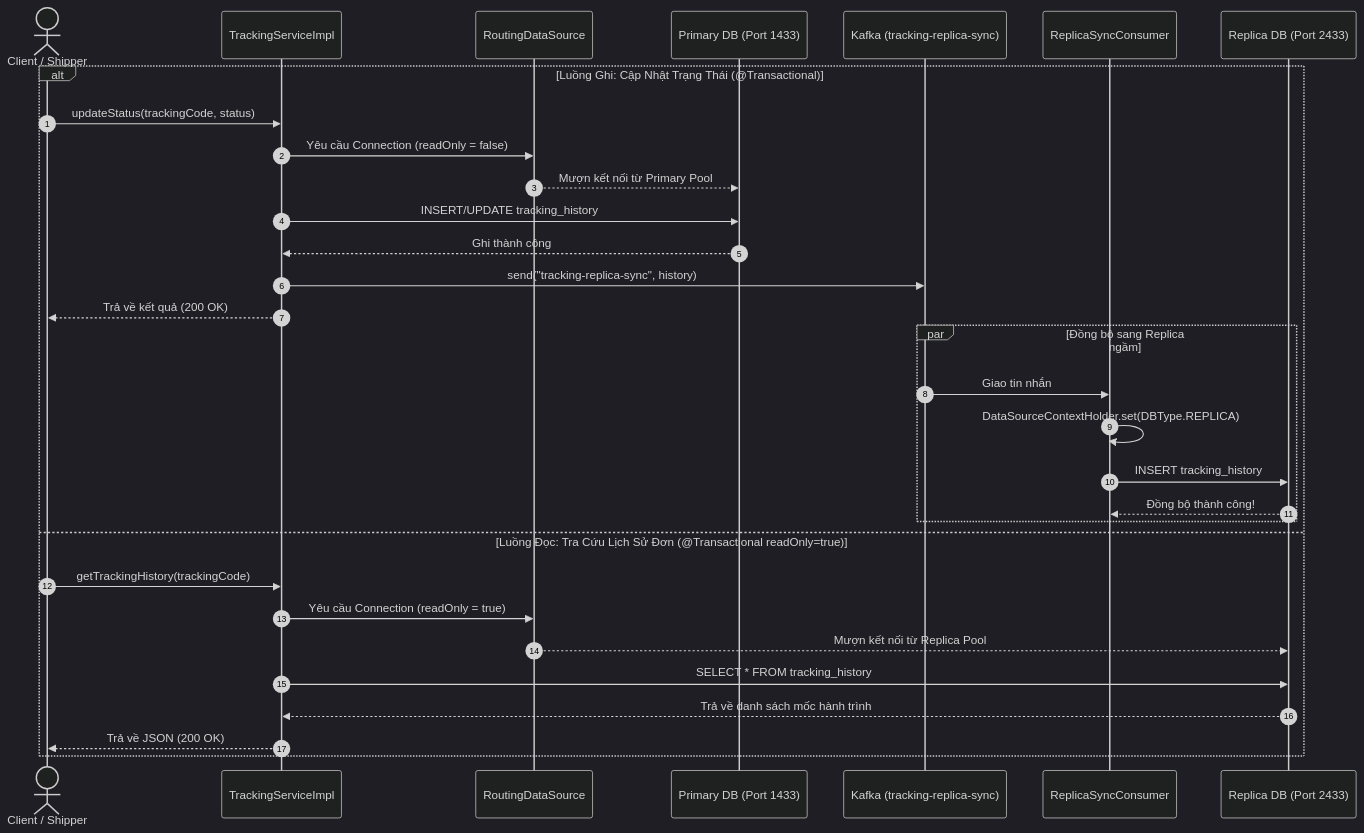
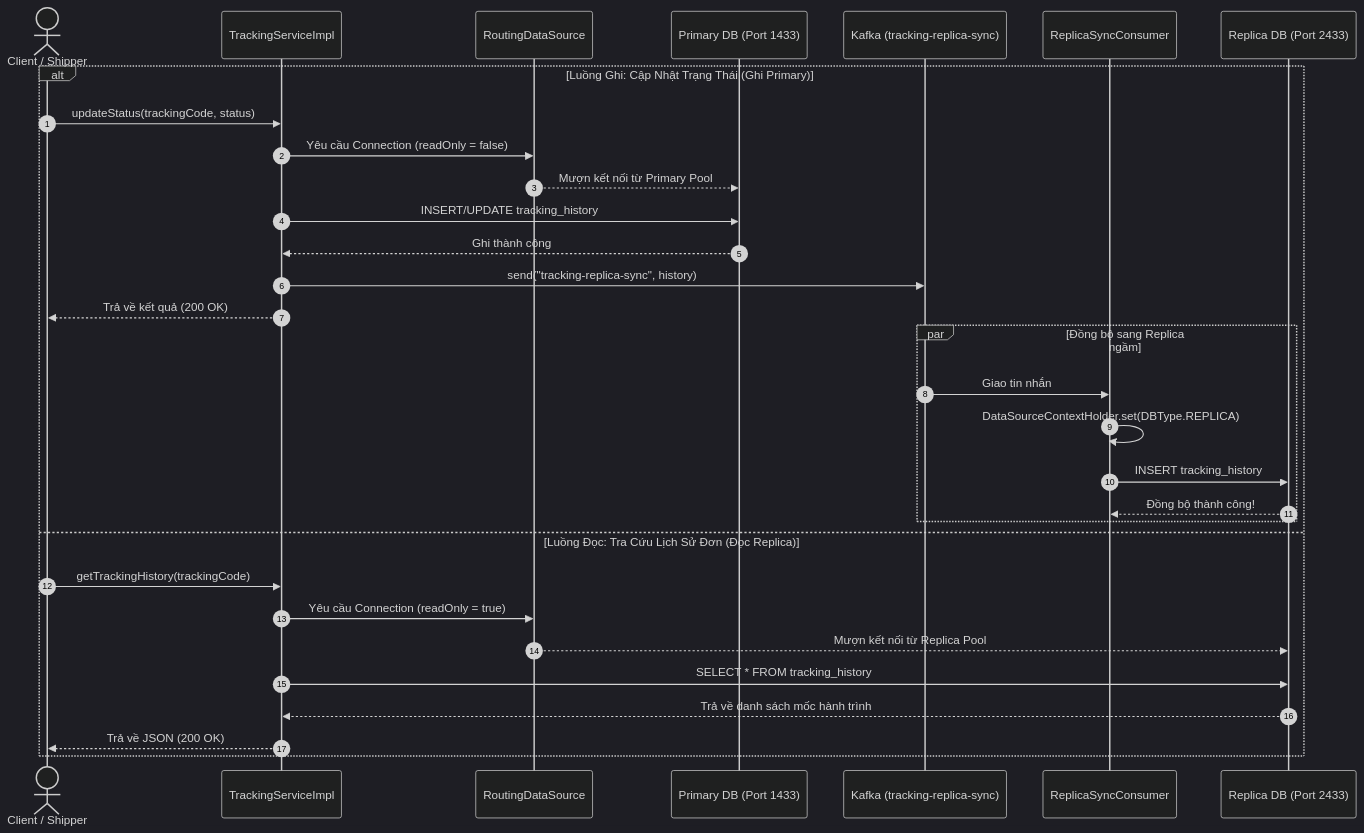
One commit to Khanhnv26/Mini-Waybill-Platform---VNPT-Cloud changed the second of 2 diagrams in docs/02-database-read-write-splitting-boilerplate.md. Above: the diagram before and after it, drawn with Mermaid (dark theme). The commit also changed other lines of this file and 7 other files, not shown here.

````diff
--- a/docs/02-database-read-write-splitting-boilerplate.md
+++ b/docs/02-database-read-write-splitting-boilerplate.md
@@ -38,35 +38,35 @@
 ```mermaid
 sequenceDiagram
     autonumber
     actor Client as Client / Shipper
     participant Svc as TrackingServiceImpl
     participant Router as RoutingDataSource
     participant Primary as Primary DB (Port 1433)
     participant Kafka as Kafka (tracking-replica-sync)
     participant Consumer as ReplicaSyncConsumer
     participant Replica as Replica DB (Port 2433)
 
-    alt Luồng Ghi: Cập Nhật Trạng Thái (@Transactional)
+    alt Luồng Ghi: Cập Nhật Trạng Thái (Ghi Primary)
         Client->>Svc: updateStatus(trackingCode, status)
         Svc->>Router: Yêu cầu Connection (readOnly = false)
         Router-->>Primary: Mượn kết nối từ Primary Pool
         Svc->>Primary: INSERT/UPDATE tracking_history
         Primary-->>Svc: Ghi thành công
         Svc->>Kafka: send("tracking-replica-sync", history)
         Svc-->>Client: Trả về kết quả (200 OK)
         
         par Đồng bộ sang Replica ngầm
             Kafka->>Consumer: Giao tin nhắn
             Consumer->>Consumer: DataSourceContextHolder.set(DBType.REPLICA)
             Consumer->>Replica: INSERT tracking_history
             Replica-->>Consumer: Đồng bộ thành công!
         end
-    else Luồng Đọc: Tra Cứu Lịch Sử Đơn (@Transactional readOnly=true)
+    else Luồng Đọc: Tra Cứu Lịch Sử Đơn (Đọc Replica)
         Client->>Svc: getTrackingHistory(trackingCode)
         Svc->>Router: Yêu cầu Connection (readOnly = true)
         Router-->>Replica: Mượn kết nối từ Replica Pool
         Svc->>Replica: SELECT * FROM tracking_history
         Replica-->>Svc: Trả về danh sách mốc hành trình
         Svc-->>Client: Trả về JSON (200 OK)
     end
 ```
````
